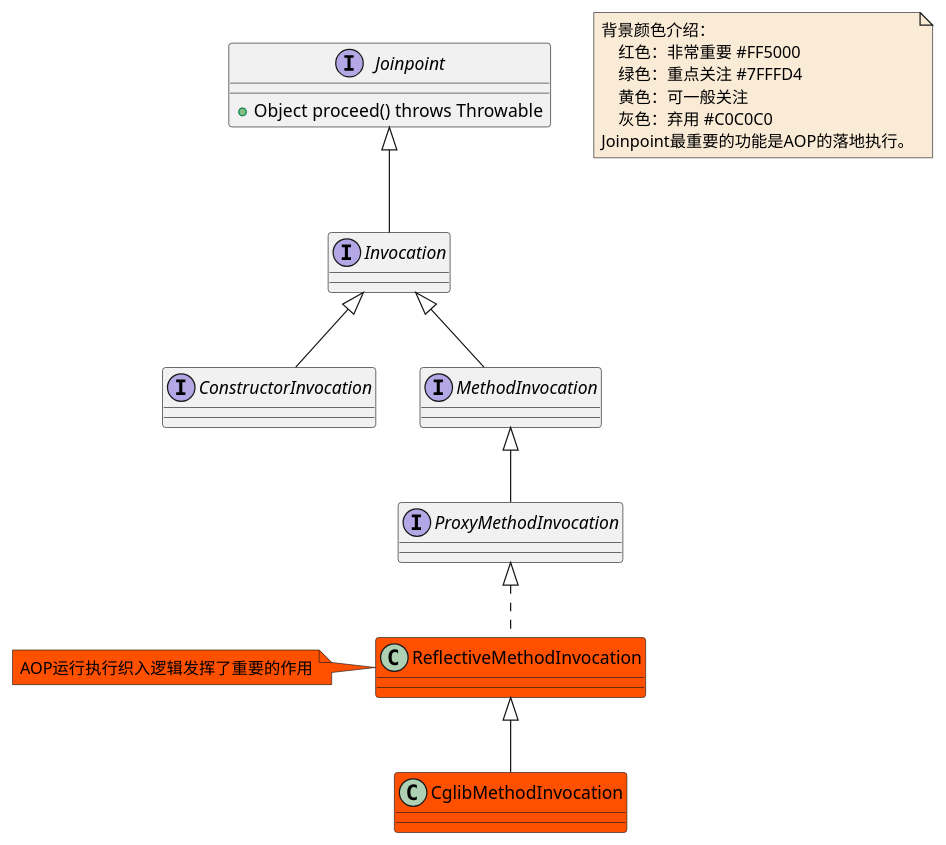
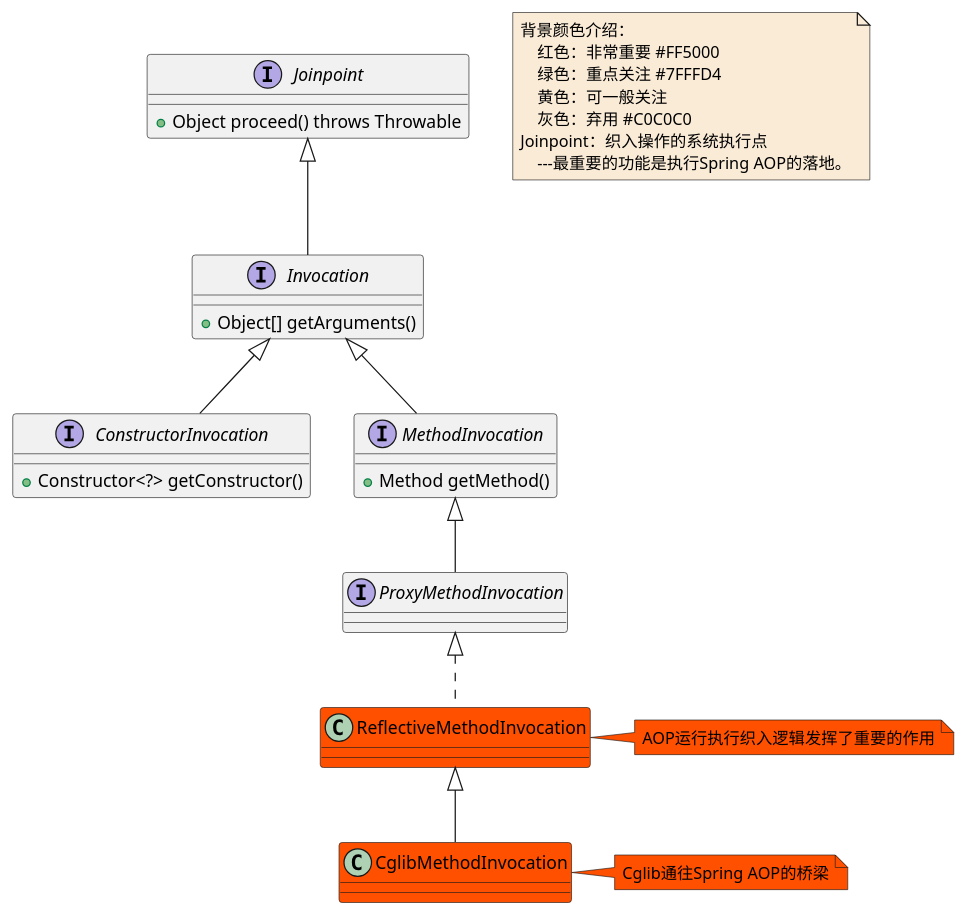
Before and after one commit to czwer/learn-spring-code: the diagram in document/spring/base/class/AOP-Joinpoint-class.puml, drawn with PlantUML. The commit also changed 9 other files, not shown here.

```diff
--- a/document/spring/base/class/AOP-Joinpoint-class.puml
+++ b/document/spring/base/class/AOP-Joinpoint-class.puml
@@ -1,36 +1,41 @@
 @startuml
 
 note  as N1 #FAEBD7
     背景颜色介绍：
         红色：非常重要 #FF5000
         绿色：重点关注 #7FFFD4
         黄色：可一般关注
         灰色：弃用 #C0C0C0
-    Joinpoint最重要的功能是AOP的落地执行。
+    Joinpoint：织入操作的系统执行点
+        ---最重要的功能是执行Spring AOP的落地。
 end note
 
 interface Joinpoint
 Joinpoint : +Object proceed() throws Throwable
 class CglibMethodInvocation #FF5000
+note right #FF5000: Cglib通往Spring AOP的桥梁
 interface ConstructorInvocation
+ConstructorInvocation : +Constructor<?> getConstructor()
 interface Invocation
+Invocation : +Object[] getArguments()
 interface MethodInvocation
+MethodInvocation : +Method getMethod()
 interface ProxyMethodInvocation
 class ReflectiveMethodInvocation #FF5000
-note left #FF5000: AOP运行执行织入逻辑发挥了重要的作用
+note right #FF5000: AOP运行执行织入逻辑发挥了重要的作用
 
 
 Joinpoint <|-- Invocation
 
 
 Invocation <|-- MethodInvocation
 Invocation <|-- ConstructorInvocation
 
 
 MethodInvocation <|-- ProxyMethodInvocation
 
 ProxyMethodInvocation <|.. ReflectiveMethodInvocation
 
 ReflectiveMethodInvocation <|-- CglibMethodInvocation
 
 @enduml
```
